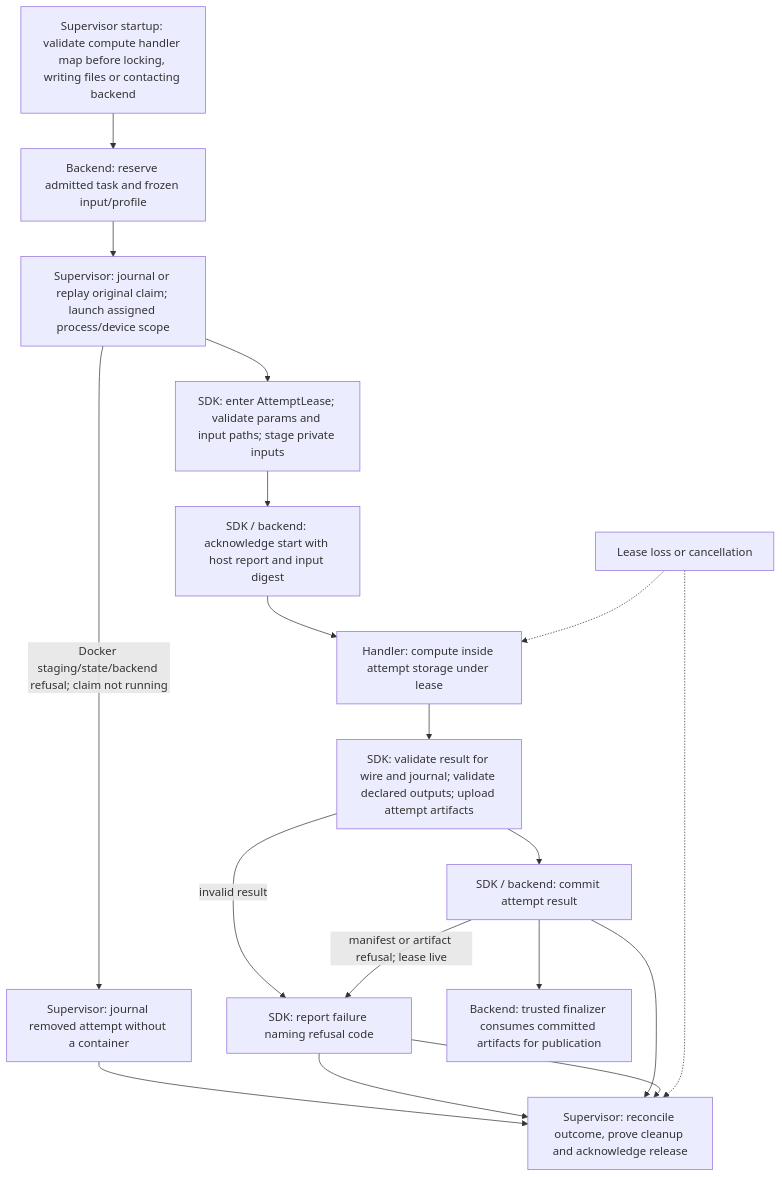
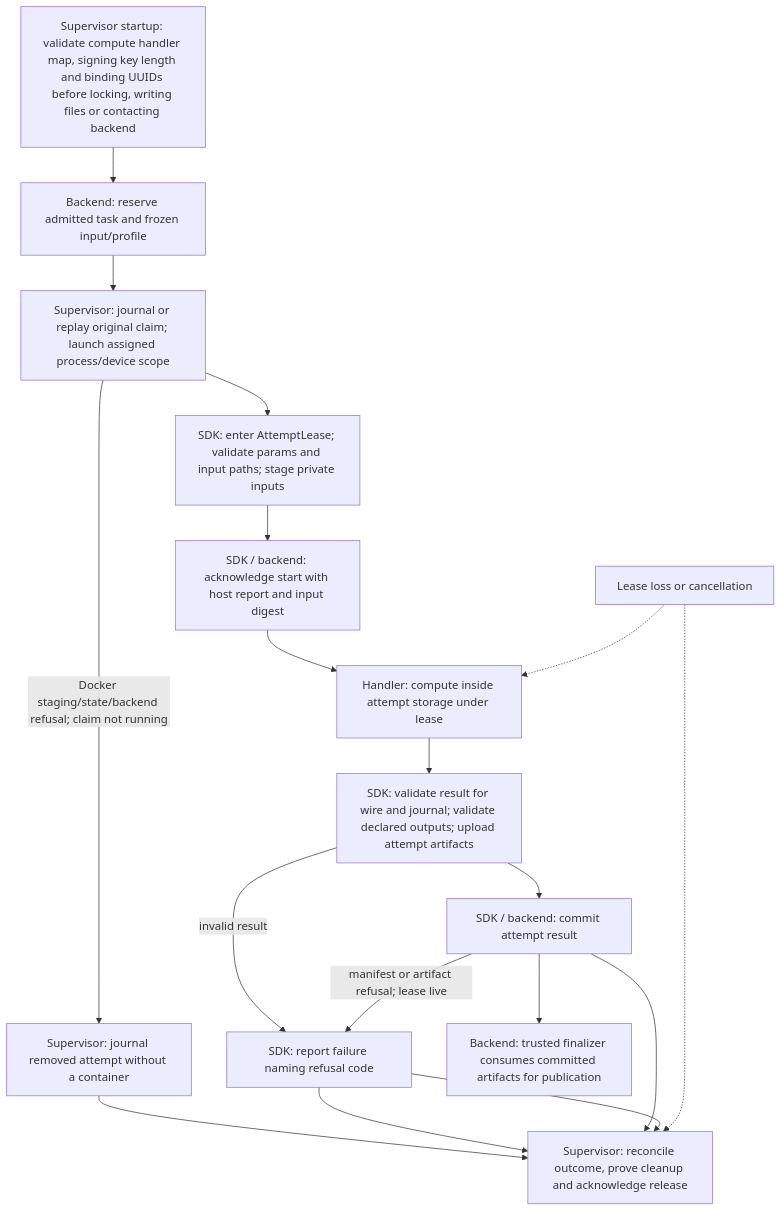
Before and after one commit to SyngularXR/task-worker-api: the second of 2 diagrams in docs/fleet/workflow-standard.md, drawn with Mermaid. The commit also changed other lines of this file and 2 other files, not shown here.

Commit message:
Validate supervisor key and binding before startup writes (#203)

````diff
--- a/docs/fleet/workflow-standard.md
+++ b/docs/fleet/workflow-standard.md
@@ -101,20 +101,20 @@
 ```mermaid
 flowchart TD
-    config["Supervisor startup: validate compute handler map before locking, writing files or contacting backend"] --> backend["Backend: reserve admitted task and frozen input/profile"]
+    config["Supervisor startup: validate compute handler map, signing key length and binding UUIDs before locking, writing files or contacting backend"] --> backend["Backend: reserve admitted task and frozen input/profile"]
     backend --> supervisor["Supervisor: journal or replay original claim; launch assigned process/device scope"]
     supervisor --> stage["SDK: enter AttemptLease; validate params and input paths; stage private inputs"]
     supervisor -->|Docker staging/state/backend refusal; claim not running| refused["Supervisor: journal removed attempt without a container"]
     refused --> reconcile
     stage --> start["SDK / backend: acknowledge start with host report and input digest"]
     start --> handler["Handler: compute inside attempt storage under lease"]
     handler --> outputs["SDK: validate result for wire and journal; validate declared outputs; upload attempt artifacts"]
     outputs --> commit["SDK / backend: commit attempt result"]
     outputs -->|invalid result| failure["SDK: report failure while started attempt lease is live"]
     failure --> reconcile
     commit --> reconcile["Supervisor: reconcile outcome, prove cleanup and acknowledge release"]
     commit -->|manifest or artifact refusal; lease live| failure["SDK: report failure naming refusal code"]
     failure --> reconcile
     commit --> finalizer["Backend: trusted finalizer consumes committed artifacts for publication"]
     cancel["Lease loss or cancellation"] -.-> handler
     cancel -.-> reconcile
 ```
````
